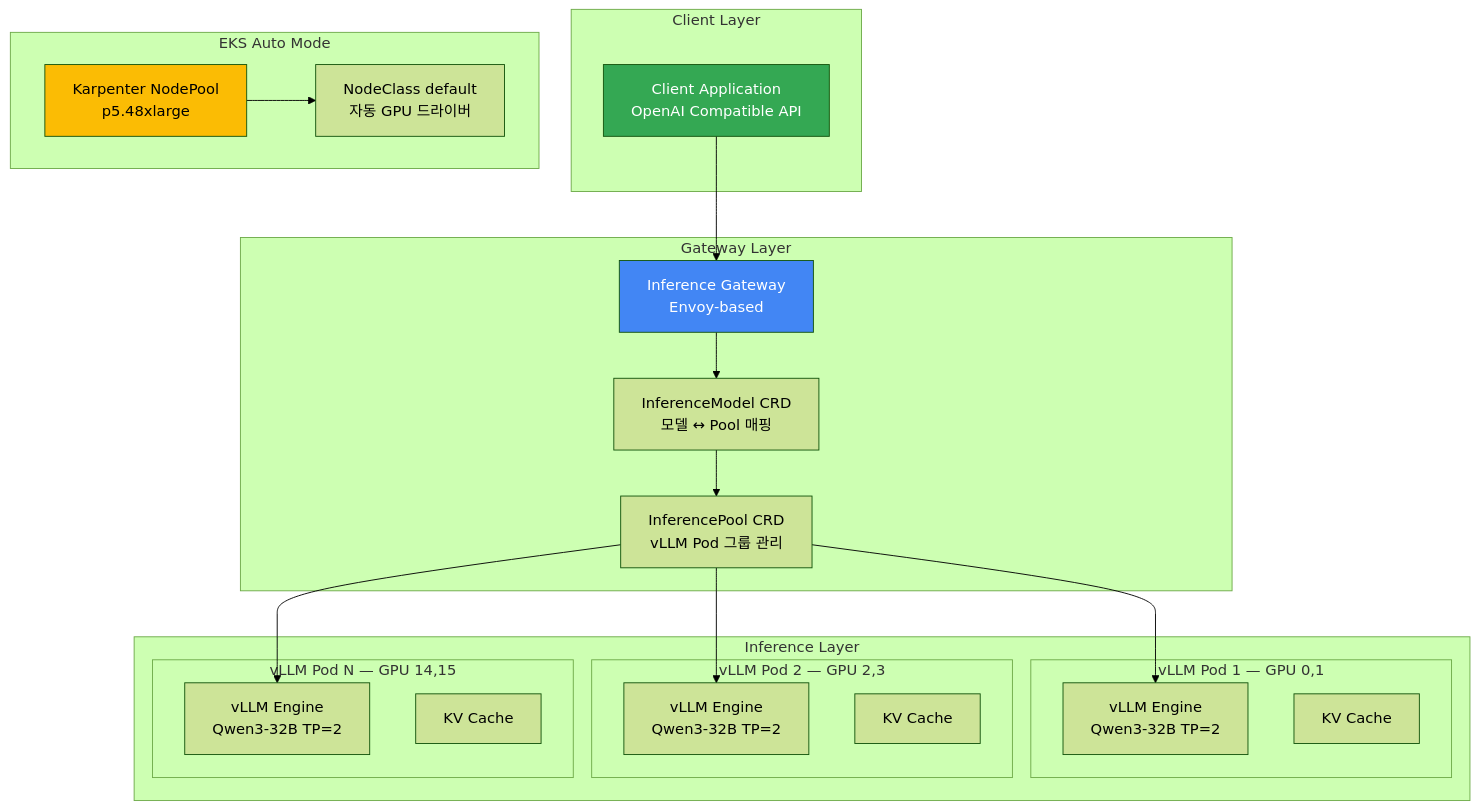
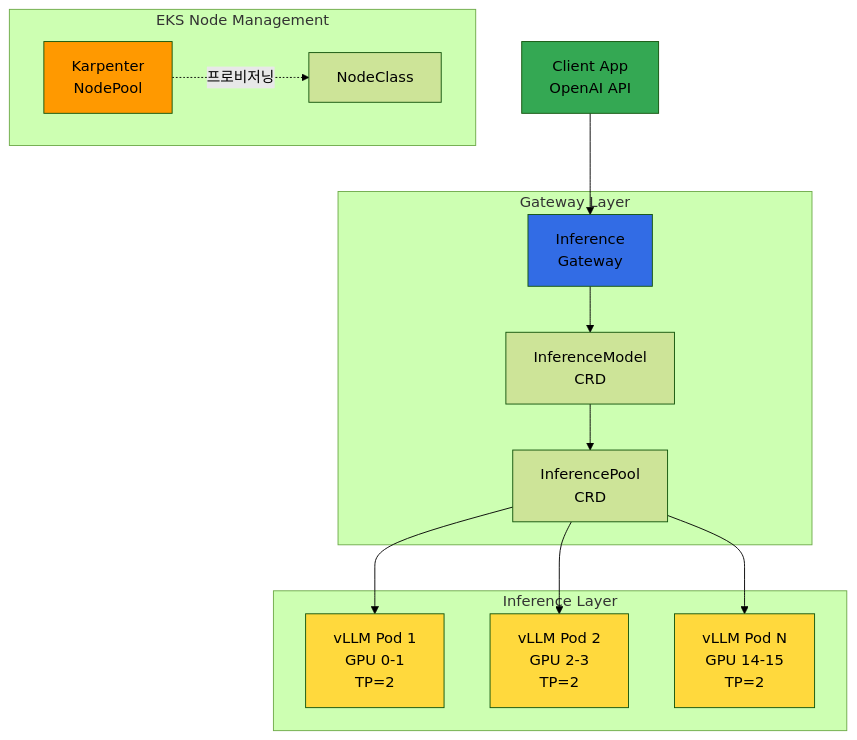
Before and after one commit to devfloor9/engineering-playbook: the first of 3 diagrams in docs/agentic-ai-platform/model-serving/llm-d-eks-automode.md, drawn with Mermaid (forest theme). The commit also changed other lines of this file and 24 other files, not shown here.

````diff
--- a/docs/agentic-ai-platform/model-serving/llm-d-eks-automode.md
+++ b/docs/agentic-ai-platform/model-serving/llm-d-eks-automode.md
@@ -73,42 +88,36 @@
 ```mermaid
 flowchart TB
-    subgraph "Client Layer"
-        CLIENT[Client Application<br/>OpenAI Compatible API]
+    CLIENT[Client App<br/>OpenAI API]
+
+    subgraph Gateway["Gateway Layer"]
+        GW[Inference<br/>Gateway]
+        IM[InferenceModel<br/>CRD]
+        IP[InferencePool<br/>CRD]
     end
-    
-    subgraph "Gateway Layer"
-        GW[Inference Gateway<br/>Envoy-based]
-        IM[InferenceModel CRD<br/>모델 ↔ Pool 매핑]
-        IP[InferencePool CRD<br/>vLLM Pod 그룹 관리]
+
+    subgraph Inference["Inference Layer"]
+        V1[vLLM Pod 1<br/>GPU 0-1<br/>TP=2]
+        V2[vLLM Pod 2<br/>GPU 2-3<br/>TP=2]
+        VN[vLLM Pod N<br/>GPU 14-15<br/>TP=2]
     end
-    
-    subgraph "Inference Layer"
-        subgraph "vLLM Pod 1 — GPU 0,1"
-            V1[vLLM Engine<br/>Qwen3-32B TP=2]
-            KV1[KV Cache]
-        end
-        subgraph "vLLM Pod 2 — GPU 2,3"
-            V2[vLLM Engine<br/>Qwen3-32B TP=2]
-            KV2[KV Cache]
-        end
-        subgraph "vLLM Pod N — GPU 14,15"
-            VN[vLLM Engine<br/>Qwen3-32B TP=2]
-            KVN[KV Cache]
-        end
+
+    subgraph NodeMgmt["EKS Node Management"]
+        NP[Karpenter<br/>NodePool]
+        NC[NodeClass]
     end
-    
-    subgraph "EKS Auto Mode"
-        NP[Karpenter NodePool<br/>p5.48xlarge]
-        NC[NodeClass default<br/>자동 GPU 드라이버]
-    end
-    
+
     CLIENT --> GW
     GW --> IM
     IM --> IP
-    IP --> V1 & V2 & VN
-    NP --> NC
-    
-    style CLIENT fill:#34a853,color:#fff
-    style GW fill:#4286f4,color:#fff
-    style NP fill:#fbbc04,color:#000
+    IP --> V1
+    IP --> V2
+    IP --> VN
+    NP -.->|프로비저닝| NC
+
+    style CLIENT fill:#34a853
+    style GW fill:#326ce5
+    style V1 fill:#ffd93d
+    style V2 fill:#ffd93d
+    style VN fill:#ffd93d
+    style NP fill:#ff9900
 ```
````
